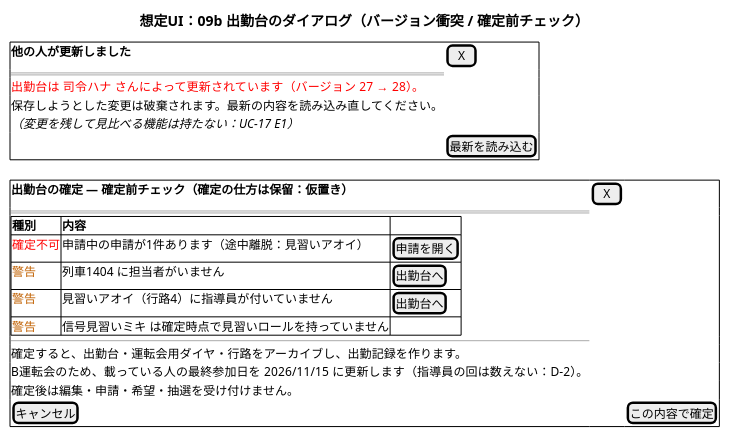
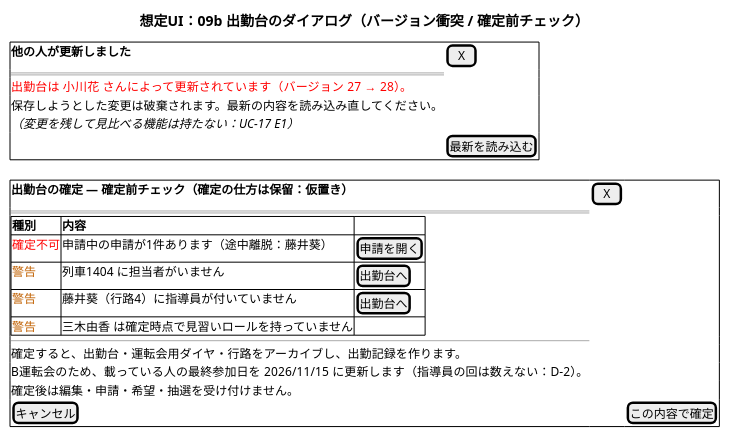
One commit to daidoji-traincrew-office/Tatehama_shukkindai changed the diagram in Docs/diagrams/ui/09b_出勤台ダイアログ.puml. Above: the diagram before and after it, drawn with PlantUML. The commit also changed 34 other files, not shown here.

```diff
--- a/Docs/diagrams/ui/09b_出勤台ダイアログ.puml
+++ b/Docs/diagrams/ui/09b_出勤台ダイアログ.puml
@@ -1,31 +1,31 @@
 @startsalt ui-09b
 skinparam defaultFontName "Yu Gothic UI"
 title 想定UI：09b 出勤台のダイアログ（バージョン衝突 / 確定前チェック）
 {
   {+
     <b>他の人が更新しました                                       | [ X ]
     ==
-    <color:red>出勤台は 司令ハナ さんによって更新されています（バージョン 27 → 28）。</color>
+    <color:red>出勤台は 小川花 さんによって更新されています（バージョン 27 → 28）。</color>
     保存しようとした変更は破棄されます。最新の内容を読み込み直してください。
     <i>（変更を残して見比べる機能は持たない：UC-17 E1）</i>
     . | [最新を読み込む]
   }
   .
   {+
     <b>出勤台の確定 ― 確定前チェック（確定の仕方は保留：仮置き）      | [ X ]
     ==
     {#
       <b>種別 | <b>内容 | .
-      <color:red>確定不可</color> | 申請中の申請が1件あります（途中離脱：見習いアオイ） | [申請を開く]
+      <color:red>確定不可</color> | 申請中の申請が1件あります（途中離脱：藤井葵） | [申請を開く]
       <color:#C06000>警告</color> | 列車1404 に担当者がいません | [出勤台へ]
-      <color:#C06000>警告</color> | 見習いアオイ（行路4）に指導員が付いていません | [出勤台へ]
-      <color:#C06000>警告</color> | 信号見習いミキ は確定時点で見習いロールを持っていません | .
+      <color:#C06000>警告</color> | 藤井葵（行路4）に指導員が付いていません | [出勤台へ]
+      <color:#C06000>警告</color> | 三木由香 は確定時点で見習いロールを持っていません | .
     }
     --
     確定すると、出勤台・運転会用ダイヤ・行路をアーカイブし、出勤記録を作ります。
     B運転会のため、載っている人の最終参加日を 2026/11/15 に更新します（指導員の回は数えない：D-2）。
     確定後は編集・申請・希望・抽選を受け付けません。
     [キャンセル] | . | [この内容で確定]
   }
 }
 @endsalt
```
